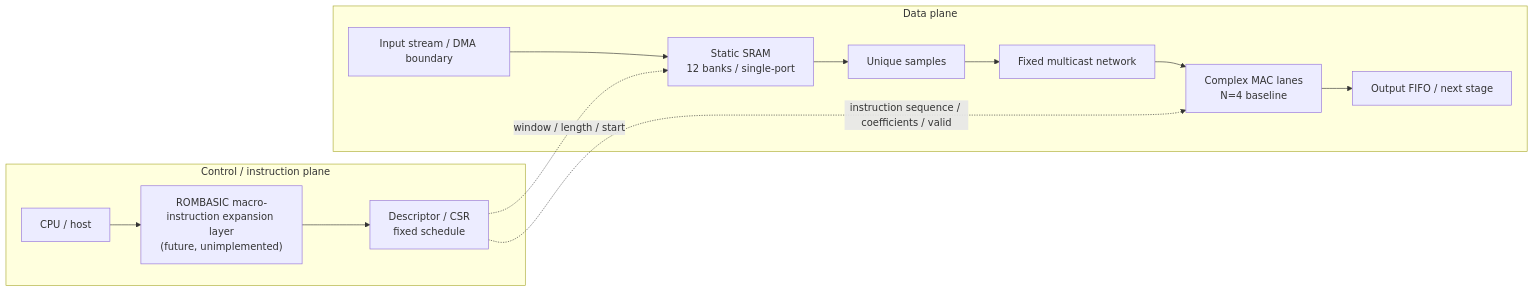
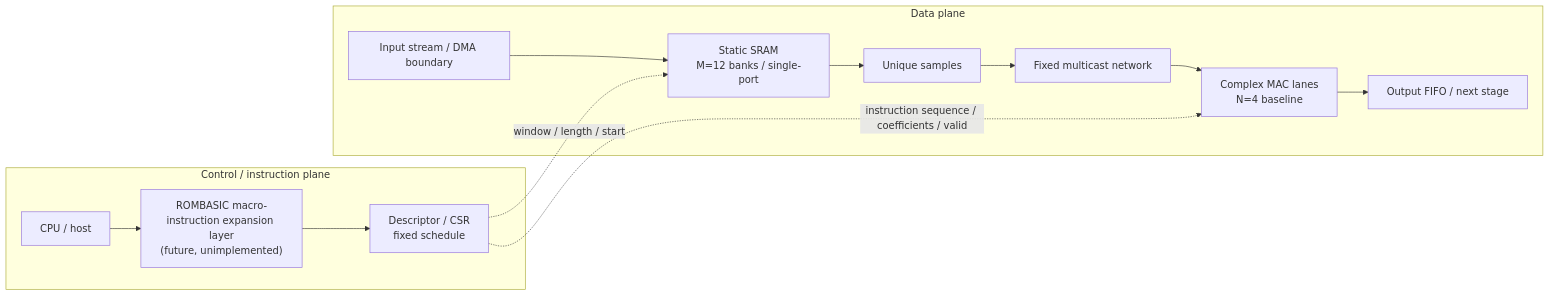
Before and after one commit to HN19781124/banked-stencil-multicast: the first of 2 diagrams in README.en.md, drawn with Mermaid. The commit also changed other lines of this file and 36 other files, not shown here.

```diff
--- a/README.en.md
+++ b/README.en.md
@@ -22,20 +22,20 @@
 ~~~mermaid
 flowchart LR
     subgraph CTRL["Control / instruction plane"]
         CPU["CPU / host"]
         ROM["ROMBASIC macro-instruction expansion layer<br/>(future, unimplemented)"]
         CFG["Descriptor / CSR<br/>fixed schedule"]
         CPU --> ROM --> CFG
     end
 
     subgraph DATA["Data plane"]
-        IN["Input stream / DMA boundary"] --> SRAM["Static SRAM<br/>12 banks / single-port"]
+        IN["Input stream / DMA boundary"] --> SRAM["Static SRAM<br/>M=12 banks / single-port"]
         SRAM --> UNIQUE["Unique samples"]
         UNIQUE --> MCAST["Fixed multicast network"]
         MCAST --> MAC["Complex MAC lanes<br/>N=4 baseline"]
         MAC --> OUT["Output FIFO / next stage"]
     end
 
     CFG -. "window / length / start" .-> SRAM
     CFG -. "instruction sequence / coefficients / valid" .-> MAC
 ~~~
```
